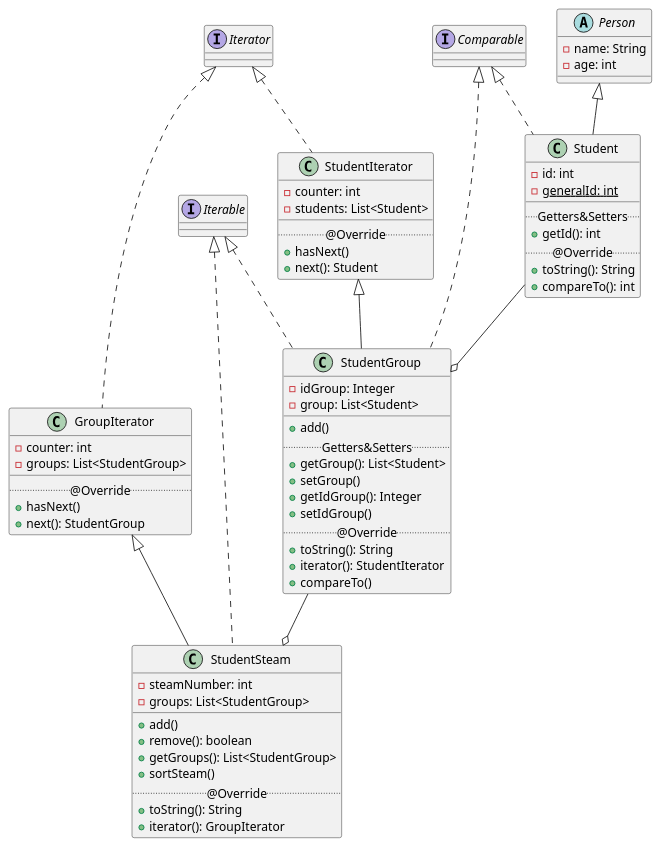
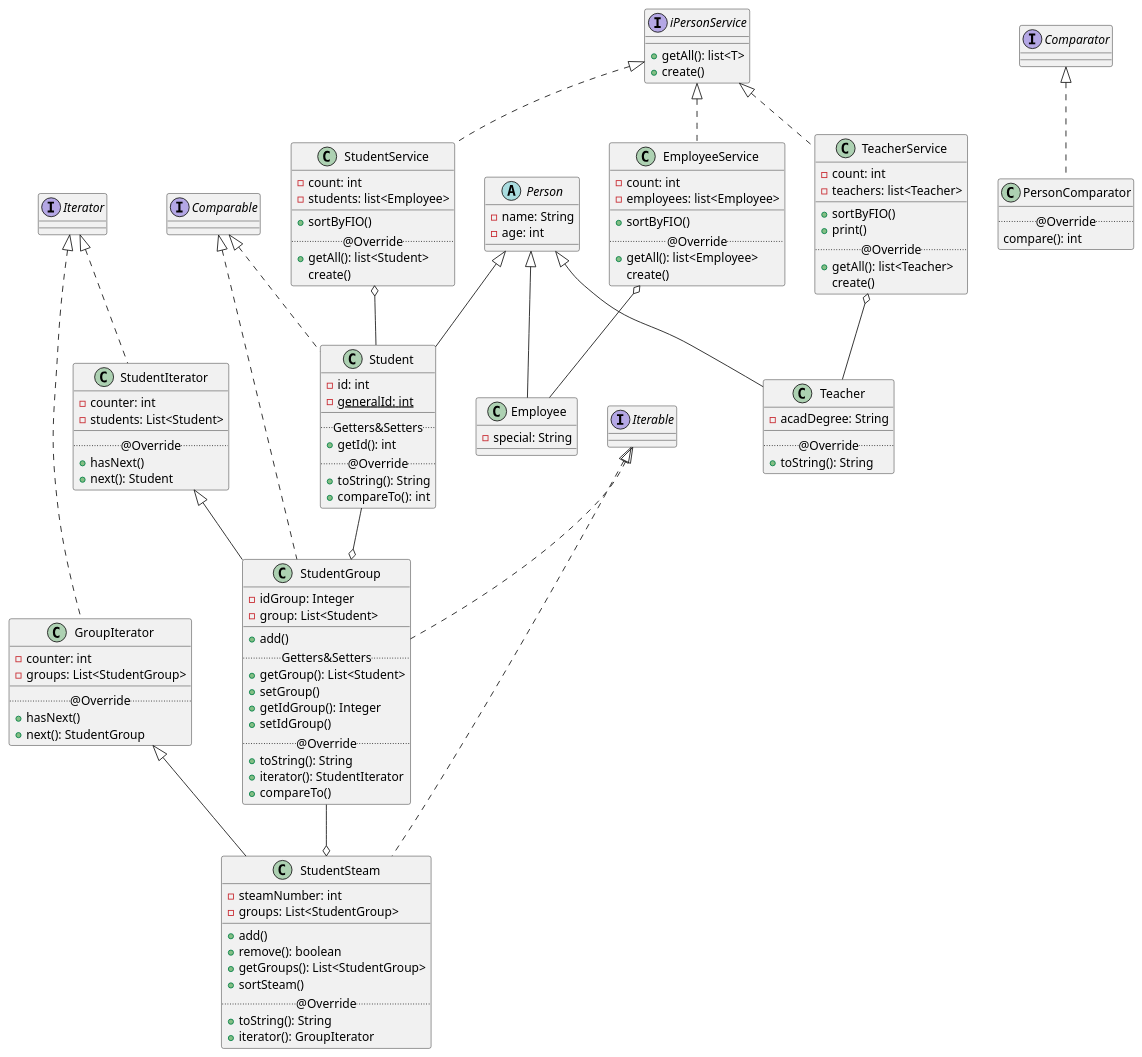
Before and after one commit to learningongb/oop: the diagram in StudentApp/classesUML.puml, drawn with PlantUML. The commit also changed 8 other files, not shown here.

```diff
--- a/StudentApp/classesUML.puml
+++ b/StudentApp/classesUML.puml
@@ -1,80 +1,133 @@
 @startuml
 
 abstract class Person {
     -name: String
     -age: int
 }
 
 class Student extends Person implements Comparable{
     -id: int
     -{static} generalId: int
     __
     ..Getters&Setters..
     +getId(): int
     ..@Override..
     +toString(): String
     +compareTo(): int
 }
 
 class StudentGroup implements Iterable, Comparable {
     -idGroup: Integer
     -group: List<Student>
     __
     +add()
     ..Getters&Setters..
     +getGroup(): List<Student>
     +setGroup()
     +getIdGroup(): Integer
     +setIdGroup()
     ..@Override..
     +toString(): String
     +iterator(): StudentIterator
     +compareTo()
 }
 
 class StudentSteam implements Iterable {
     -steamNumber: int
     -groups: List<StudentGroup>
     __
     +add()
     +remove(): boolean
     +getGroups(): List<StudentGroup>
     +sortSteam()
     ..@Override..
     +toString(): String
     +iterator(): GroupIterator
 }
 
 class StudentIterator implements Iterator {
     -counter: int
     -students: List<Student>
     __
     ..@Override..
     +hasNext()
     +next(): Student
 }
 
 class GroupIterator implements Iterator {
     -counter: int
     -groups: List<StudentGroup>
     __
     ..@Override..
     +hasNext()
     +next(): StudentGroup
 }
 
+class PersonComparator implements Comparator {
+    ..@Override..
+    compare(): int
+}
+
+class Employee extends Person {
+    -special: String
+}
+
+class Teacher extends Person {
+    -acadDegree: String
+    __
+    ..@Override..
+    +toString(): String
+}
+
+class EmployeeService implements iPersonService {
+    -count: int
+    -employees: list<Employee>
+    __
+    +sortByFIO()
+    ..@Override..
+    +getAll(): list<Employee>
+    create()
+}
+
+class StudentService implements iPersonService {
+    -count: int
+    -students: list<Employee>
+    __
+    +sortByFIO()
+    ..@Override..
+    +getAll(): list<Student>
+    create()
+}
+
+class TeacherService implements iPersonService {
+    -count: int
+    -teachers: list<Teacher>
+    __
+    +sortByFIO()
+    +print()
+    ..@Override..
+    +getAll(): list<Teacher>
+    create()
+}
+
+interface iPersonService {
+    +getAll(): list<T>
+    +create()
+}
 interface Comparable
 
 Student --o StudentGroup
 StudentIterator <|-- StudentGroup
 'StudentGroup --* Student
 
 StudentGroup --o StudentSteam
 GroupIterator <|-- StudentSteam
 'StudentSteam --* StudentGroup
 
-'class Employee extends Person
-'class Teacher extends Person
+EmployeeService o-- Employee
+TeacherService o-- Teacher
+StudentService o-- Student
+
 
 hide @unlinked
 @enduml
```
